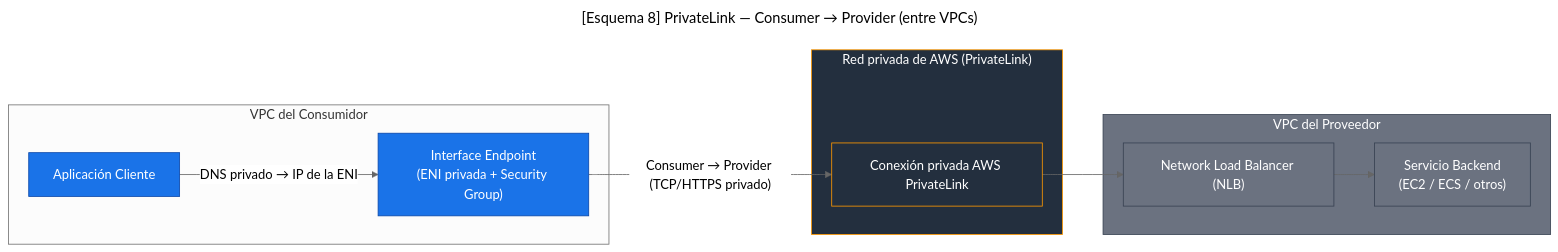
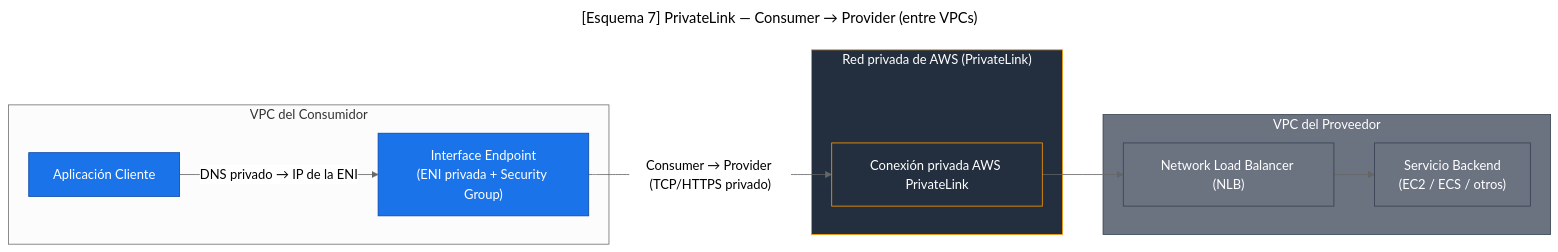
Before and after one commit to Marcos-SA-git/AWS-Certifications: the seventh of 7 diagrams in SAA-C03/es/3. VPC - Virtual Private Cloud.md, drawn with Mermaid (neutral theme). The commit also changed other lines of this file, not shown here.

````diff
--- a/SAA-C03/es/3. VPC - Virtual Private Cloud.md
+++ b/SAA-C03/es/3. VPC - Virtual Private Cloud.md
@@ -568,40 +568,40 @@
 ```mermaid
 ---
-title: "[Esquema 8] PrivateLink — Consumer → Provider (entre VPCs)"
+title: "[Esquema 7] PrivateLink — Consumer → Provider (entre VPCs)"
 ---
 flowchart LR
 
     %% =============== VPC del Consumidor ===============
     subgraph Consumer["VPC del Consumidor"]
         AppC["Aplicación Cliente"]
         IE["Interface Endpoint<br/>(ENI privada + Security Group)"]
         AppC -->|"DNS privado → IP de la ENI"| IE
     end
 
     %% =============== Red interna de AWS ===============
     subgraph AWS_Backbone["Red privada de AWS (PrivateLink)"]
         Dummy[" "] 
         style Dummy fill:none,stroke:none
         PL["Conexión privada AWS PrivateLink"]
     end
 
     %% =============== VPC del Proveedor ================
     subgraph Provider["VPC del Proveedor"]
         NLB["Network Load Balancer (NLB)"]
         SVC["Servicio Backend<br/>(EC2 / ECS / otros)"]
         NLB --> SVC
     end
 
     %% ================== Flujo =========================
     IE -->|"Consumer → Provider (TCP/HTTPS privado)"| PL --> NLB
 
     %% ================== Estilos =======================
     classDef consumer fill:#1a73e8,stroke:#0a47a9,color:#fff;
     classDef aws fill:#232f3e,stroke:#ff9900,stroke-width:1px,color:#fff;
     classDef provider fill:#6b7280,stroke:#374151,color:#fff;
 
     class AppC,IE consumer;
     class PL,AWS_Backbone aws;
     class NLB,SVC,Provider provider;
 
 ```
````
